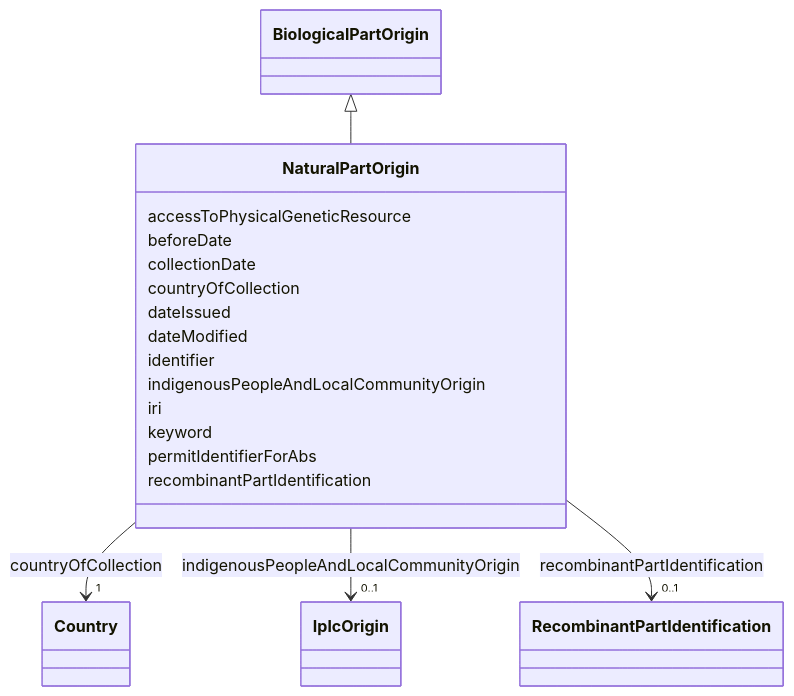
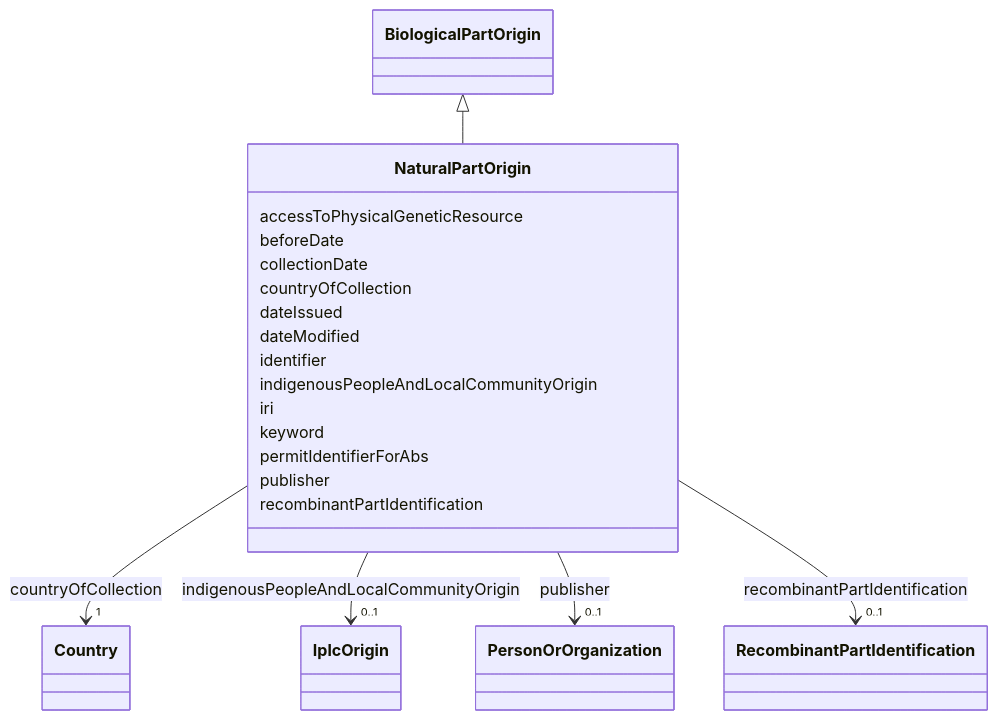
Before and after one commit to EVORA-project/evora-ontology: the diagram in models/docs/NaturalPartOrigin.md, drawn with Mermaid. The commit also changed other lines of this file and 468 other files, not shown here.

````diff
--- a/models/docs/NaturalPartOrigin.md
+++ b/models/docs/NaturalPartOrigin.md
@@ -19,54 +19,63 @@
 ```mermaid
  classDiagram
     class NaturalPartOrigin
     click NaturalPartOrigin href "../NaturalPartOrigin"
       BiologicalPartOrigin <|-- NaturalPartOrigin
         click BiologicalPartOrigin href "../BiologicalPartOrigin"
       
       NaturalPartOrigin : accessToPhysicalGeneticResource
         
       NaturalPartOrigin : beforeDate
         
       NaturalPartOrigin : collectionDate
         
       NaturalPartOrigin : countryOfCollection
         
           
     
     
     NaturalPartOrigin --> "1" Country : countryOfCollection
     click Country href "../Country"
 
         
       NaturalPartOrigin : dateIssued
         
       NaturalPartOrigin : dateModified
         
       NaturalPartOrigin : identifier
         
       NaturalPartOrigin : indigenousPeopleAndLocalCommunityOrigin
         
           
     
     
     NaturalPartOrigin --> "0..1" IplcOrigin : indigenousPeopleAndLocalCommunityOrigin
     click IplcOrigin href "../IplcOrigin"
 
         
       NaturalPartOrigin : iri
         
       NaturalPartOrigin : keyword
         
       NaturalPartOrigin : permitIdentifierForAbs
         
+      NaturalPartOrigin : publisher
+        
+          
+    
+    
+    NaturalPartOrigin --> "0..1" PersonOrOrganization : publisher
+    click PersonOrOrganization href "../PersonOrOrganization"
+
+        
       NaturalPartOrigin : recombinantPartIdentification
         
           
     
     
     NaturalPartOrigin --> "0..1" RecombinantPartIdentification : recombinantPartIdentification
     click RecombinantPartIdentification href "../RecombinantPartIdentification"
 
         
       
 ```
````
